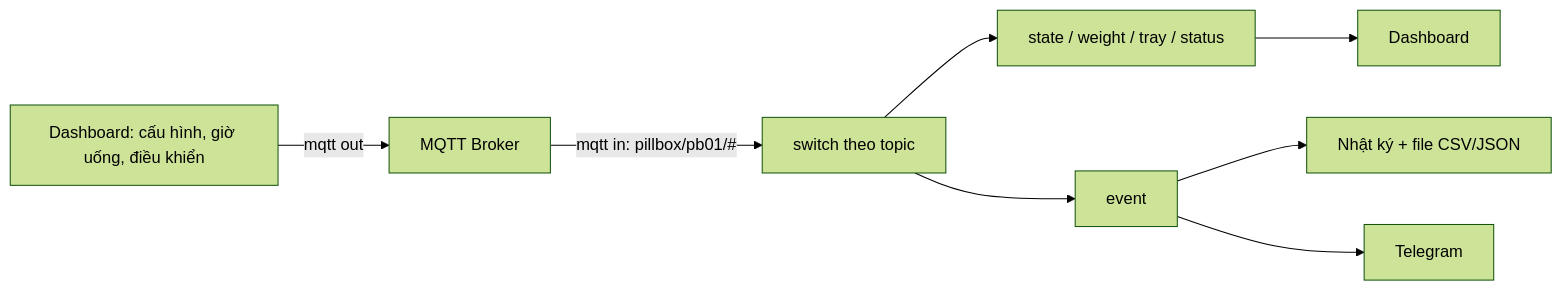
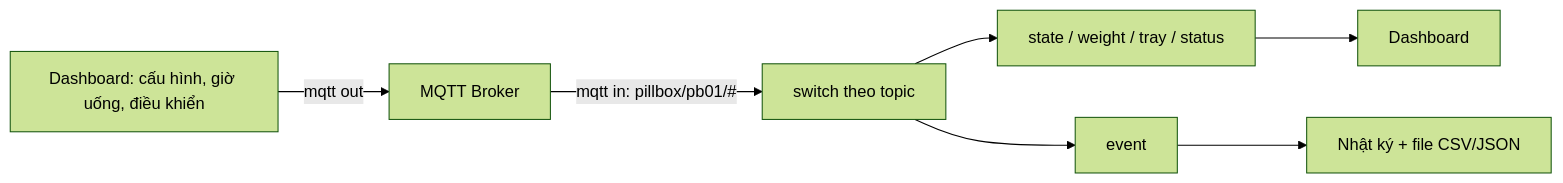
Before and after one commit to 23001579-cpu/iot_dev_app12: the fourth of 4 diagrams in README.md, drawn with Mermaid (forest theme). The commit also changed other lines of this file, not shown here.

````diff
--- a/README.md
+++ b/README.md
@@ -330,8 +353,7 @@
 ```mermaid
 flowchart LR
     MQ["MQTT Broker"] -->|"mqtt in: pillbox/pb01/#"| SW["switch theo topic"]
     SW --> ST["state / weight / tray / status"] --> UI["Dashboard"]
     SW --> EV["event"] --> LOG["Nhật ký + file CSV/JSON"]
-    EV --> TGA["Telegram"]
     UI3["Dashboard: cấu hình, giờ uống, điều khiển"] -->|"mqtt out"| MQ
 ```
````
